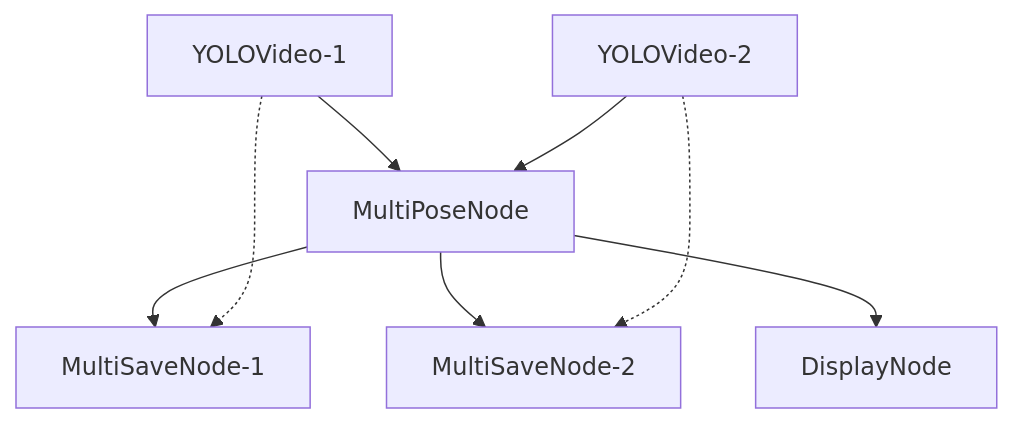
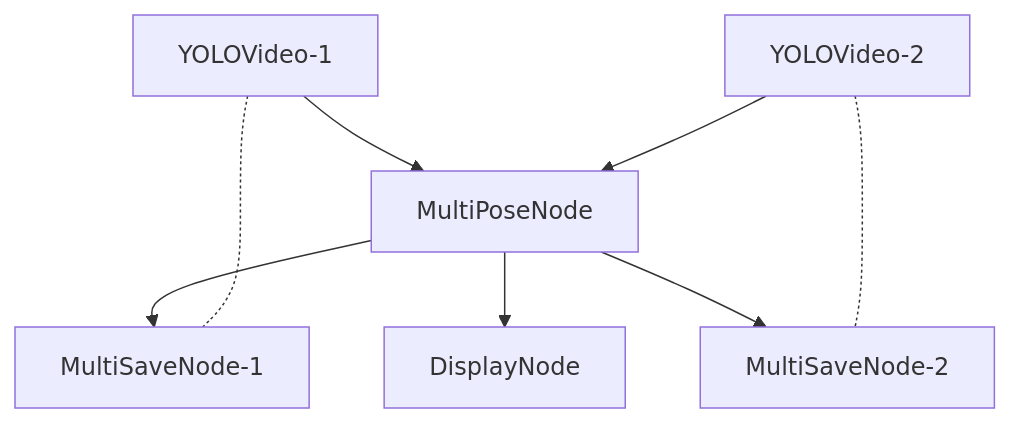
Before and after one commit to ChimeraPy/Pipelines: the diagram in mmlapipe/pose/how_to_config.md, drawn with Mermaid. The commit also changed other lines of this file and 5 other files, not shown here.

````diff
--- a/mmlapipe/pose/how_to_config.md
+++ b/mmlapipe/pose/how_to_config.md
@@ -10,10 +10,10 @@
 ```mermaid
 graph TD;
     YOLOVideo-1-->MultiPoseNode;
     YOLOVideo-2-->MultiPoseNode;
     MultiPoseNode-->MultiSaveNode-1;
+    MultiPoseNode-->DisplayNode;
     MultiPoseNode-->MultiSaveNode-2;
-    MultiPoseNode-->DisplayNode;
-    YOLOVideo-1-.->MultiSaveNode-1;
-    YOLOVideo-2-.->MultiSaveNode-2;
+    YOLOVideo-1-.-MultiSaveNode-1;
+    YOLOVideo-2-.-MultiSaveNode-2;
 ```
````
